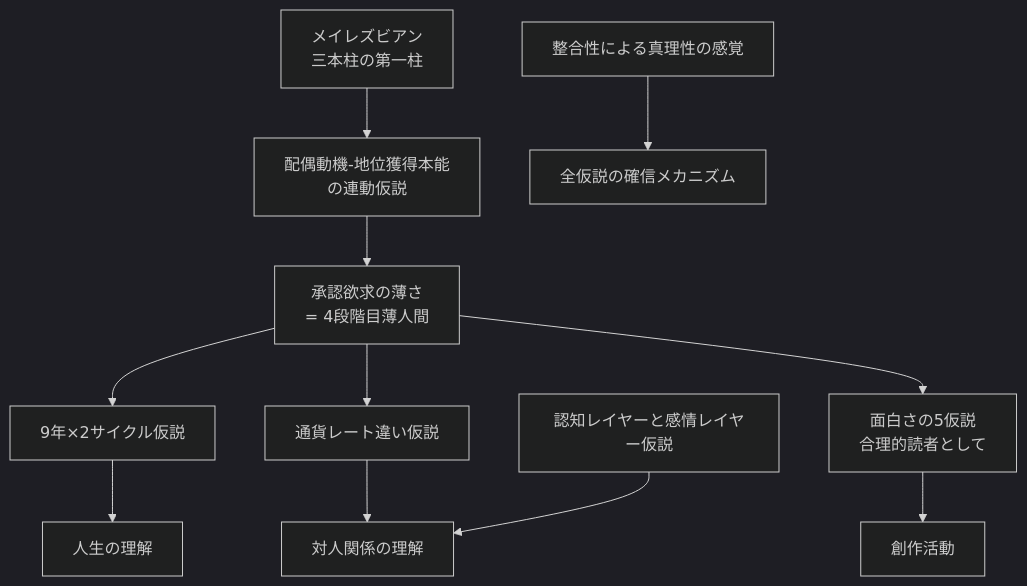
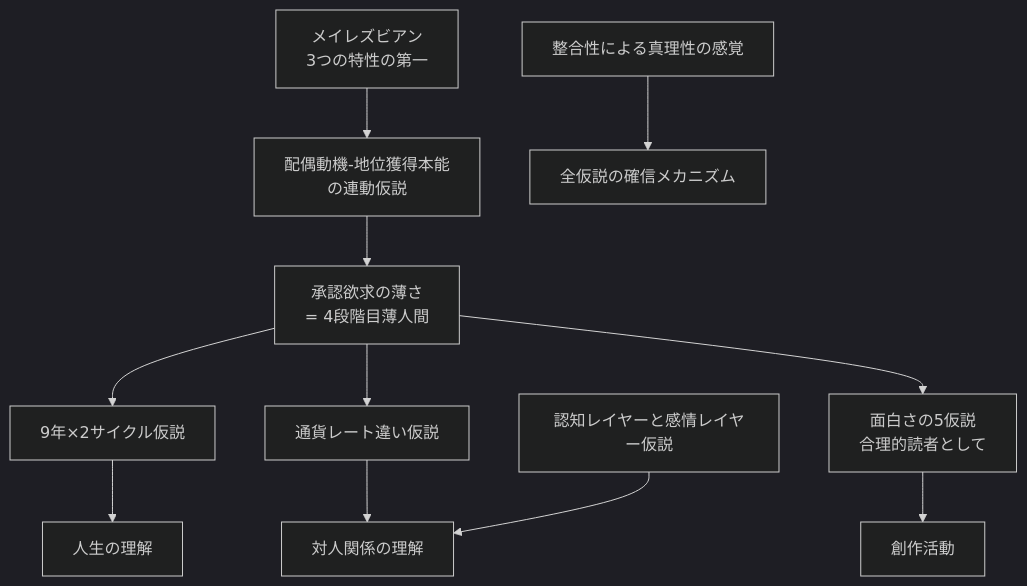
One commit to annachloe2025/SelfAnalysis changed the diagram in docs/06_仮説と理論/index.md. Above: the diagram before and after it, drawn with Mermaid (dark theme). The commit also changed 19 other files, not shown here.

````diff
--- a/docs/06_仮説と理論/index.md
+++ b/docs/06_仮説と理論/index.md
@@ -23,16 +23,16 @@
 ```mermaid
 graph TD
-    M[メイレズビアン<br/>三本柱の第一柱]
+    M[メイレズビアン<br/>3つの特性の第一]
     M --> H1[配偶動機-地位獲得本能<br/>の連動仮説]
     H1 --> A[承認欲求の薄さ<br/>= 4段階目薄人間]
     A --> H2[9年×2サイクル仮説]
     A --> H3[通貨レート違い仮説]
     A --> H4[面白さの5仮説<br/>合理的読者として]
 
     H2 --> Life[人生の理解]
     H3 --> Comm[対人関係の理解]
     H4 --> Create[創作活動]
 
     H5[認知レイヤーと感情レイヤー仮説] --> Comm
     H6[整合性による真理性の感覚] --> All[全仮説の確信メカニズム]
 ```
````
